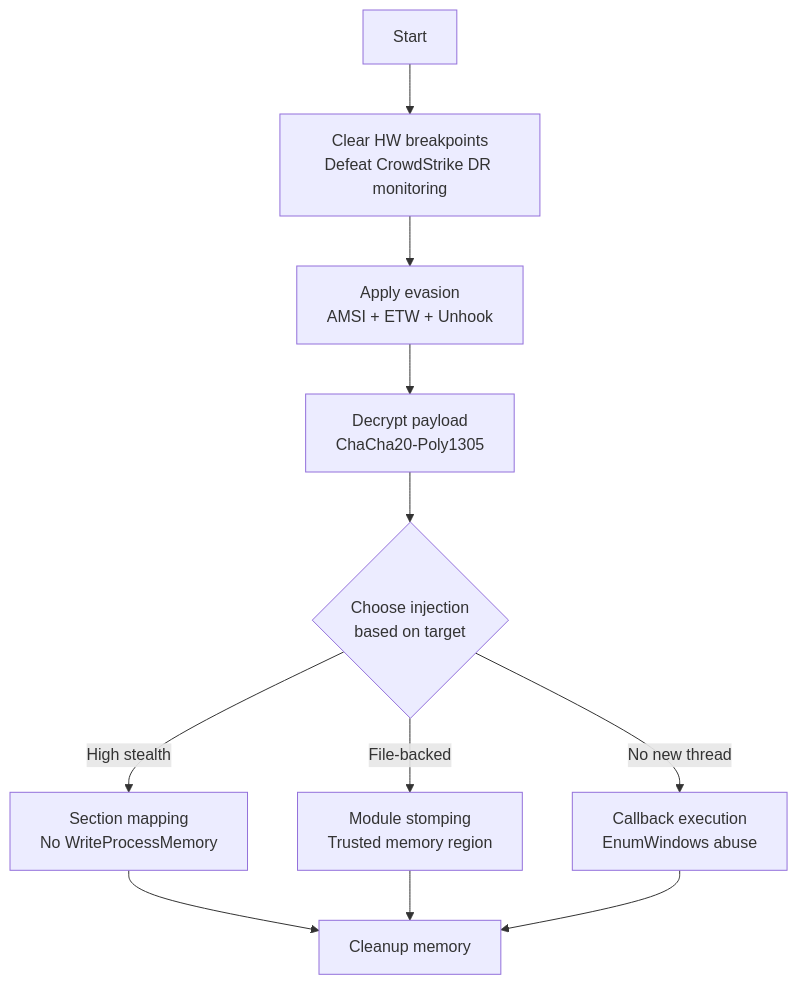
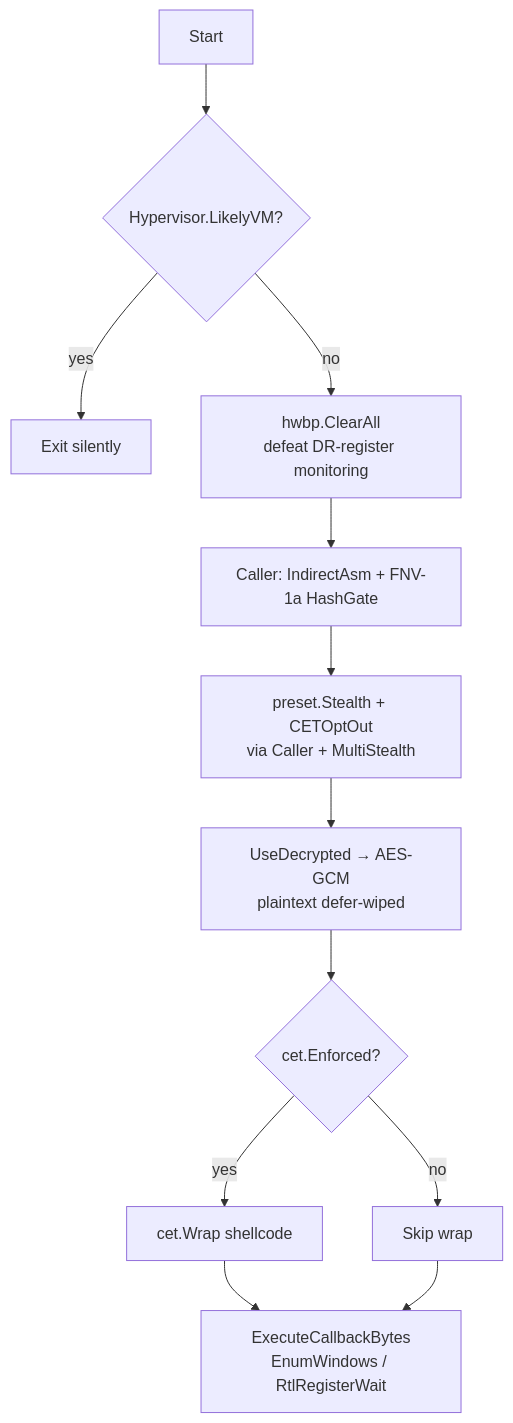
The diagram in docs/examples/evasive-injection.md (oioio-space/maldev), drawn with Mermaid before and after one commit. The commit also changed other lines of this file and 1 other file, not shown here.

First line of the commit message:
docs(examples): refresh evasive-injection.md (P3.5 row 2)

````diff
--- a/docs/examples/evasive-injection.md
+++ b/docs/examples/evasive-injection.md
@@ -12,13 +50,14 @@
 ```mermaid
 flowchart TD
-    A[Start] --> B[Clear HW breakpoints<br>Defeat CrowdStrike DR monitoring]
-    B --> C[Apply evasion<br>AMSI + ETW + Unhook]
-    C --> D[Decrypt payload<br>ChaCha20-Poly1305]
-    D --> E{Choose injection<br>based on target}
-    E -->|High stealth| F[Section mapping<br>No WriteProcessMemory]
-    E -->|File-backed| G[Module stomping<br>Trusted memory region]
-    E -->|No new thread| H[Callback execution<br>EnumWindows abuse]
-    F --> I[Cleanup memory]
-    G --> I
-    H --> I
+    A[Start] --> B{Hypervisor.LikelyVM?}
+    B -->|yes| Z[Exit silently]
+    B -->|no| C[hwbp.ClearAll<br>defeat DR-register monitoring]
+    C --> D[Caller: IndirectAsm + FNV-1a HashGate]
+    D --> E[preset.Stealth + CETOptOut<br>via Caller + MultiStealth]
+    E --> F[UseDecrypted → AES-GCM<br>plaintext defer-wiped]
+    F --> G{cet.Enforced?}
+    G -->|yes| H[cet.Wrap shellcode]
+    G -->|no| I[Skip wrap]
+    H --> J[ExecuteCallbackBytes<br>EnumWindows / RtlRegisterWait]
+    I --> J
 ```
````
